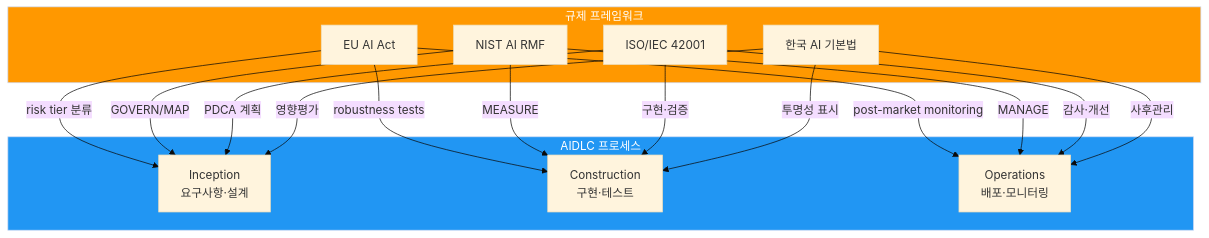
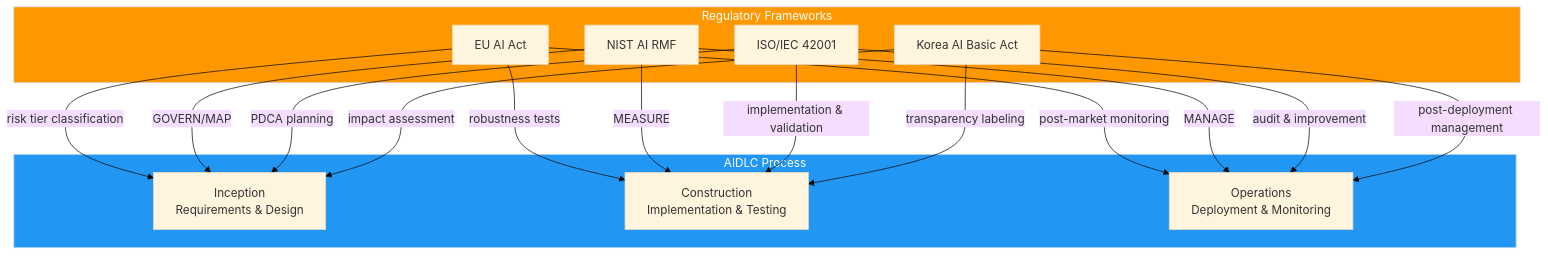
Before and after one commit to devfloor9/engineering-playbook: the first of 2 diagrams in docs/aidlc/enterprise/regulatory-compliance/index.md, drawn with Mermaid (base theme). The commit also changed other lines of this file and 954 other files, not shown here.

````diff
--- a/docs/aidlc/enterprise/regulatory-compliance/index.md
+++ b/docs/aidlc/enterprise/regulatory-compliance/index.md
@@ -37,33 +37,33 @@
 ```mermaid
 graph TB
-    subgraph Regulations["규제 프레임워크"]
+    subgraph Regulations["Regulatory Frameworks"]
         EU[EU AI Act]
         NIST[NIST AI RMF]
         ISO[ISO/IEC 42001]
-        KR[한국 AI 기본법]
+        KR[Korea AI Basic Act]
     end
 
-    subgraph AIDLC["AIDLC 프로세스"]
-        INC[Inception<br/>요구사항·설계]
-        CON[Construction<br/>구현·테스트]
-        OPS[Operations<br/>배포·모니터링]
+    subgraph AIDLC["AIDLC Process"]
+        INC[Inception<br/>Requirements & Design]
+        CON[Construction<br/>Implementation & Testing]
+        OPS[Operations<br/>Deployment & Monitoring]
     end
 
-    EU -->|risk tier 분류| INC
+    EU -->|risk tier classification| INC
     NIST -->|GOVERN/MAP| INC
-    ISO -->|PDCA 계획| INC
-    KR -->|영향평가| INC
+    ISO -->|PDCA planning| INC
+    KR -->|impact assessment| INC
 
     EU -->|robustness tests| CON
     NIST -->|MEASURE| CON
-    ISO -->|구현·검증| CON
-    KR -->|투명성 표시| CON
+    ISO -->|implementation & validation| CON
+    KR -->|transparency labeling| CON
 
     EU -->|post-market monitoring| OPS
     NIST -->|MANAGE| OPS
-    ISO -->|감사·개선| OPS
-    KR -->|사후관리| OPS
+    ISO -->|audit & improvement| OPS
+    KR -->|post-deployment management| OPS
 
     style Regulations fill:#ff9800,color:#fff
     style AIDLC fill:#2196f3,color:#fff
 ```
````
